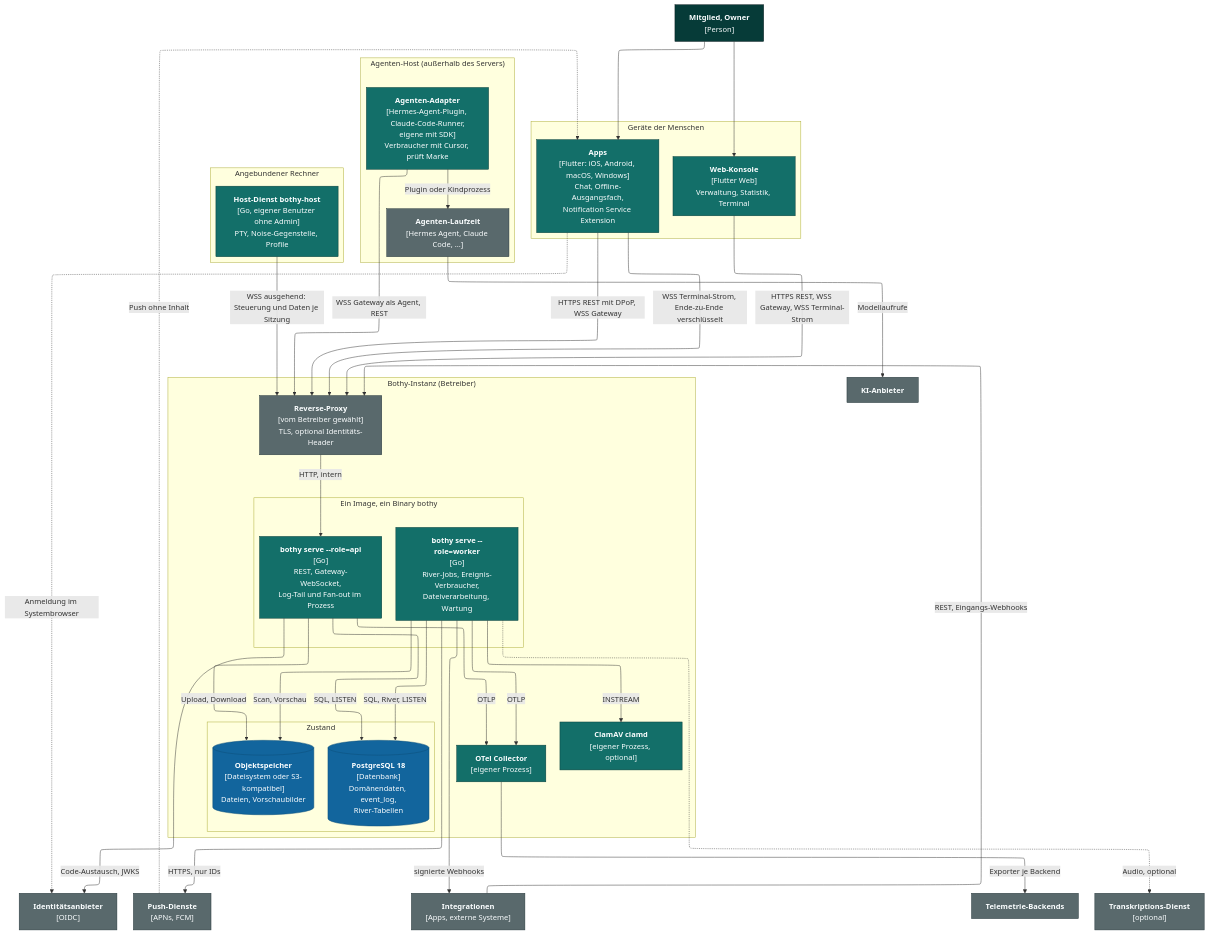
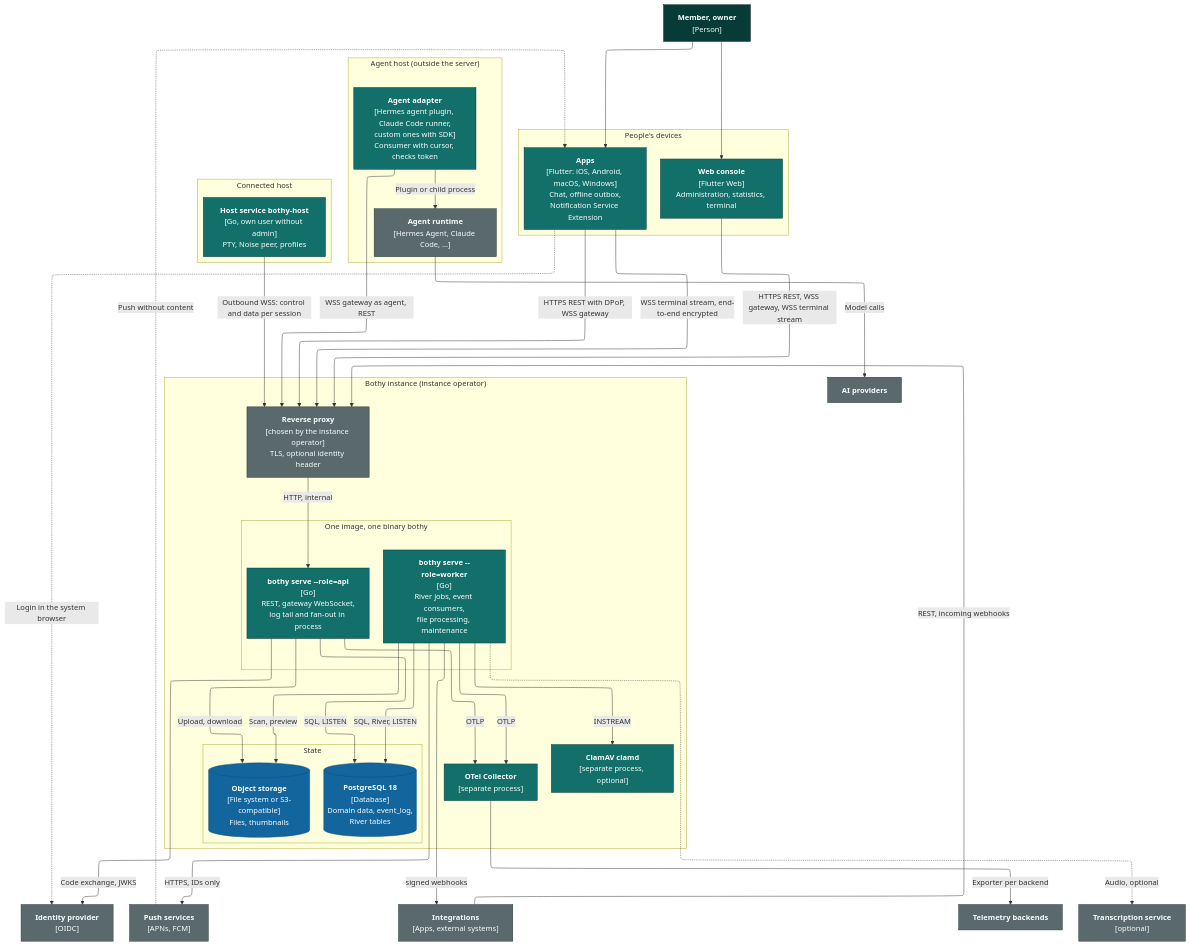
Before and after one commit to mguttmann/bothy: the diagram in docs/architecture/c4-2-container.mmd, drawn with Mermaid. The commit also changed 95 other files, not shown here.

First line of the commit message:
docs(architecture): translate the diagrams to English

```diff
--- a/docs/architecture/c4-2-container.mmd
+++ b/docs/architecture/c4-2-container.mmd
@@ -1,80 +1,80 @@
 ---
 config:
   layout: elk
 ---
-%% C4 Ebene 2: Container. C4-Notation als Mermaid-Flowchart (siehe README).
-%% Secret-Quelle (Datei, Env, später Key Vault) ist nicht gezeichnet: api und worker lesen sie beim
-%% Start und bei Rotation (02-architektur.md, Abschnitt Konfigurationsladen).
+%% C4 level 2: containers. C4 notation as a Mermaid flowchart (see README).
+%% The secret source (file, env, later Key Vault) is not drawn: api and worker read it at
+%% start and on rotation (02-architecture.md, section Configuration loading).
 flowchart TB
   classDef person fill:#063b38,stroke:#08191c,color:#fbfeff
   classDef container fill:#136f69,stroke:#063b38,color:#fbfeff
   classDef store fill:#12659d,stroke:#0b4d79,color:#fbfeff
   classDef ext fill:#59696c,stroke:#24363a,color:#fbfeff
 
-  member["<b>Mitglied, Owner</b><br/>[Person]"]:::person
+  member["<b>Member, owner</b><br/>[Person]"]:::person
 
-  subgraph devices["Geräte der Menschen"]
+  subgraph devices["People's devices"]
     direction LR
-    apps["<b>Apps</b><br/>[Flutter: iOS, Android, macOS, Windows]<br/>Chat, Offline-Ausgangsfach,<br/>Notification Service Extension"]:::container
-    console["<b>Web-Konsole</b><br/>[Flutter Web]<br/>Verwaltung, Statistik, Terminal"]:::container
+    apps["<b>Apps</b><br/>[Flutter: iOS, Android, macOS, Windows]<br/>Chat, offline outbox,<br/>Notification Service Extension"]:::container
+    console["<b>Web console</b><br/>[Flutter Web]<br/>Administration, statistics, terminal"]:::container
   end
 
-  subgraph agenthost["Agenten-Host (außerhalb des Servers)"]
+  subgraph agenthost["Agent host (outside the server)"]
     direction LR
-    adapter["<b>Agenten-Adapter</b><br/>[Hermes-Agent-Plugin, Claude-Code-Runner,<br/>eigene mit SDK]<br/>Verbraucher mit Cursor, prüft Marke"]:::container
-    runtime["<b>Agenten-Laufzeit</b><br/>[Hermes Agent, Claude Code, ...]"]:::ext
+    adapter["<b>Agent adapter</b><br/>[Hermes agent plugin, Claude Code runner,<br/>custom ones with SDK]<br/>Consumer with cursor, checks token"]:::container
+    runtime["<b>Agent runtime</b><br/>[Hermes Agent, Claude Code, ...]"]:::ext
   end
 
-  subgraph termhost["Angebundener Rechner"]
+  subgraph termhost["Connected host"]
     direction LR
-    hostd["<b>Host-Dienst bothy-host</b><br/>[Go, eigener Benutzer ohne Admin]<br/>PTY, Noise-Gegenstelle, Profile"]:::container
+    hostd["<b>Host service bothy-host</b><br/>[Go, own user without admin]<br/>PTY, Noise peer, profiles"]:::container
   end
 
-  subgraph inst["Bothy-Instanz (Betreiber)"]
-    proxy["<b>Reverse-Proxy</b><br/>[vom Betreiber gewählt]<br/>TLS, optional Identitäts-Header"]:::ext
-    subgraph bin["Ein Image, ein Binary bothy"]
+  subgraph inst["Bothy instance (instance operator)"]
+    proxy["<b>Reverse proxy</b><br/>[chosen by the instance operator]<br/>TLS, optional identity header"]:::ext
+    subgraph bin["One image, one binary bothy"]
       direction LR
-      api["<b>bothy serve --role=api</b><br/>[Go]<br/>REST, Gateway-WebSocket,<br/>Log-Tail und Fan-out im Prozess"]:::container
-      worker["<b>bothy serve --role=worker</b><br/>[Go]<br/>River-Jobs, Ereignis-Verbraucher,<br/>Dateiverarbeitung, Wartung"]:::container
+      api["<b>bothy serve --role=api</b><br/>[Go]<br/>REST, gateway WebSocket,<br/>log tail and fan-out in process"]:::container
+      worker["<b>bothy serve --role=worker</b><br/>[Go]<br/>River jobs, event consumers,<br/>file processing, maintenance"]:::container
     end
-    subgraph data["Zustand"]
+    subgraph data["State"]
       direction LR
-      pg[("<b>PostgreSQL 18</b><br/>[Datenbank]<br/>Domänendaten, event_log,<br/>River-Tabellen")]:::store
-      objects[("<b>Objektspeicher</b><br/>[Dateisystem oder S3-kompatibel]<br/>Dateien, Vorschaubilder")]:::store
+      pg[("<b>PostgreSQL 18</b><br/>[Database]<br/>Domain data, event_log,<br/>River tables")]:::store
+      objects[("<b>Object storage</b><br/>[File system or S3-compatible]<br/>Files, thumbnails")]:::store
     end
-    clamd["<b>ClamAV clamd</b><br/>[eigener Prozess, optional]"]:::container
-    otelcol["<b>OTel Collector</b><br/>[eigener Prozess]"]:::container
+    clamd["<b>ClamAV clamd</b><br/>[separate process, optional]"]:::container
+    otelcol["<b>OTel Collector</b><br/>[separate process]"]:::container
   end
 
-  idp["<b>Identitätsanbieter</b><br/>[OIDC]"]:::ext
-  pushsvc["<b>Push-Dienste</b><br/>[APNs, FCM]"]:::ext
-  llm["<b>KI-Anbieter</b>"]:::ext
-  integr["<b>Integrationen</b><br/>[Apps, externe Systeme]"]:::ext
-  backends["<b>Telemetrie-Backends</b>"]:::ext
-  stt["<b>Transkriptions-Dienst</b><br/>[optional]"]:::ext
+  idp["<b>Identity provider</b><br/>[OIDC]"]:::ext
+  pushsvc["<b>Push services</b><br/>[APNs, FCM]"]:::ext
+  llm["<b>AI providers</b>"]:::ext
+  integr["<b>Integrations</b><br/>[Apps, external systems]"]:::ext
+  backends["<b>Telemetry backends</b>"]:::ext
+  stt["<b>Transcription service</b><br/>[optional]"]:::ext
 
   member --> apps
   member --> console
-  apps -->|"HTTPS REST mit DPoP, WSS Gateway"| proxy
-  console -->|"HTTPS REST, WSS Gateway, WSS Terminal-Strom"| proxy
-  adapter -->|"WSS Gateway als Agent, REST"| proxy
-  integr -->|"REST, Eingangs-Webhooks"| proxy
-  hostd -->|"WSS ausgehend: Steuerung und Daten je Sitzung"| proxy
-  apps -->|"WSS Terminal-Strom, Ende-zu-Ende verschlüsselt"| proxy
-  apps -.->|"Anmeldung im Systembrowser"| idp
-  adapter -->|"Plugin oder Kindprozess"| runtime
-  runtime -->|"Modellaufrufe"| llm
-  proxy -->|"HTTP, intern"| api
+  apps -->|"HTTPS REST with DPoP, WSS gateway"| proxy
+  console -->|"HTTPS REST, WSS gateway, WSS terminal stream"| proxy
+  adapter -->|"WSS gateway as agent, REST"| proxy
+  integr -->|"REST, incoming webhooks"| proxy
+  hostd -->|"Outbound WSS: control and data per session"| proxy
+  apps -->|"WSS terminal stream, end-to-end encrypted"| proxy
+  apps -.->|"Login in the system browser"| idp
+  adapter -->|"Plugin or child process"| runtime
+  runtime -->|"Model calls"| llm
+  proxy -->|"HTTP, internal"| api
   api -->|"SQL, LISTEN"| pg
   worker -->|"SQL, River, LISTEN"| pg
-  api -->|"Upload, Download"| objects
-  worker -->|"Scan, Vorschau"| objects
+  api -->|"Upload, download"| objects
+  worker -->|"Scan, preview"| objects
   worker -->|"INSTREAM"| clamd
-  api -->|"Code-Austausch, JWKS"| idp
-  worker -->|"HTTPS, nur IDs"| pushsvc
-  pushsvc -.->|"Push ohne Inhalt"| apps
-  worker -->|"signierte Webhooks"| integr
+  api -->|"Code exchange, JWKS"| idp
+  worker -->|"HTTPS, IDs only"| pushsvc
+  pushsvc -.->|"Push without content"| apps
+  worker -->|"signed webhooks"| integr
   worker -.->|"Audio, optional"| stt
   api -->|"OTLP"| otelcol
   worker -->|"OTLP"| otelcol
-  otelcol -->|"Exporter je Backend"| backends
+  otelcol -->|"Exporter per backend"| backends
```
